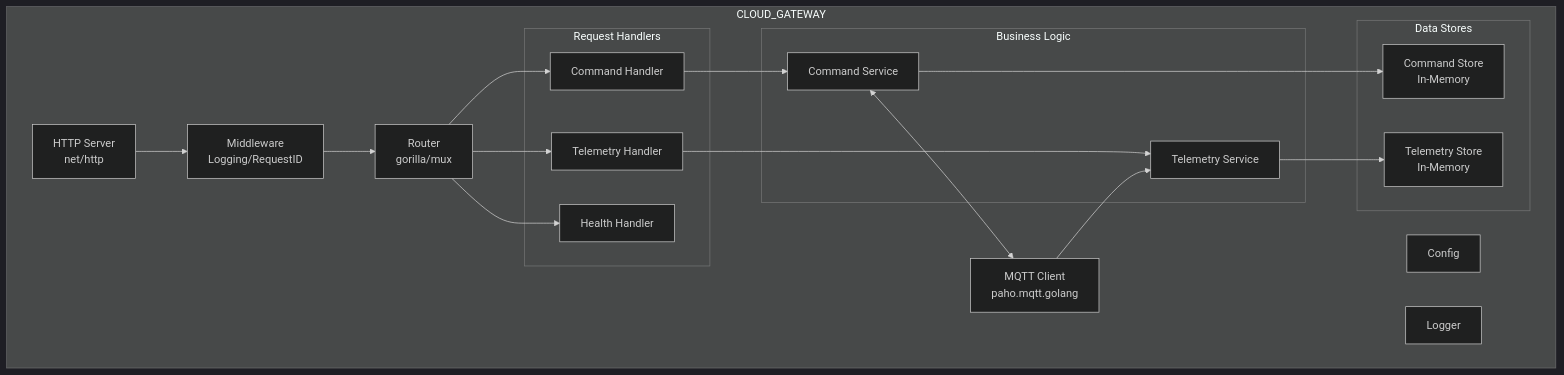
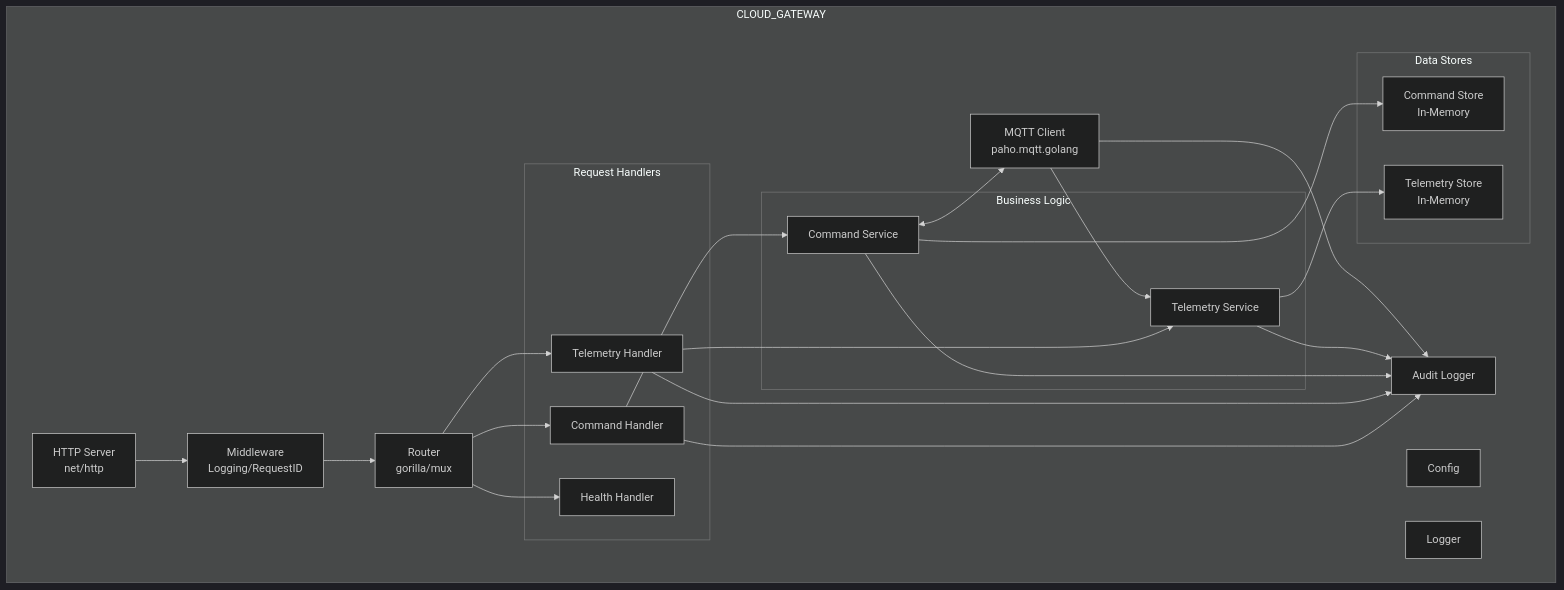
Before and after one commit to rhadp/parking-fee-service: the second of 4 diagrams in .kiro/specs/cloud-gateway/design.md, drawn with Mermaid (dark theme). The commit also changed other lines of this file and 1 other file, not shown here.

Commit message:
Enhance audit logging requirements

````diff
--- a/.kiro/specs/cloud-gateway/design.md
+++ b/.kiro/specs/cloud-gateway/design.md
@@ -35,40 +35,46 @@
 ```mermaid
 flowchart TB
     subgraph CloudGateway["CLOUD_GATEWAY"]
         HTTP[HTTP Server<br/>net/http]
         ROUTER[Router<br/>gorilla/mux]
         
         subgraph Handlers["Request Handlers"]
             CH[Command Handler]
             TH[Telemetry Handler]
             HH[Health Handler]
         end
         
         subgraph Services["Business Logic"]
             CS[Command Service]
             TS[Telemetry Service]
         end
         
         subgraph Stores["Data Stores"]
             CST[Command Store<br/>In-Memory]
             TST[Telemetry Store<br/>In-Memory]
         end
         
         MQTT[MQTT Client<br/>paho.mqtt.golang]
         MW[Middleware<br/>Logging/RequestID]
         CFG[Config]
         LOG[Logger]
+        AUDIT[Audit Logger]
     end
     
     HTTP --> MW
     MW --> ROUTER
     ROUTER --> CH
     ROUTER --> TH
     ROUTER --> HH
     CH --> CS
+    CH --> AUDIT
     TH --> TS
+    TH --> AUDIT
     CS --> CST
     CS <--> MQTT
+    CS --> AUDIT
     TS --> TST
+    TS --> AUDIT
     MQTT --> TS
+    MQTT --> AUDIT
 ```
````
